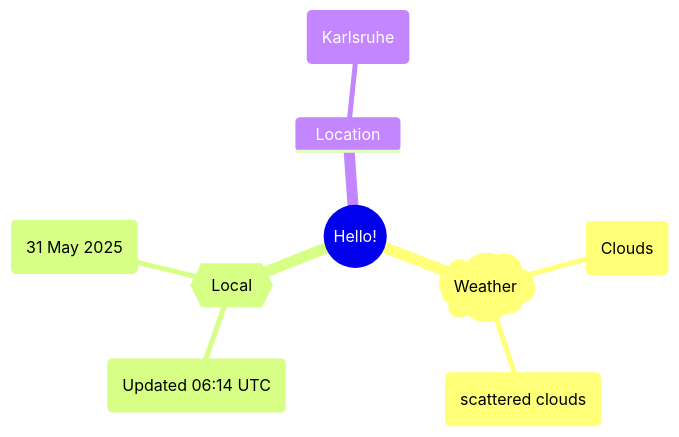
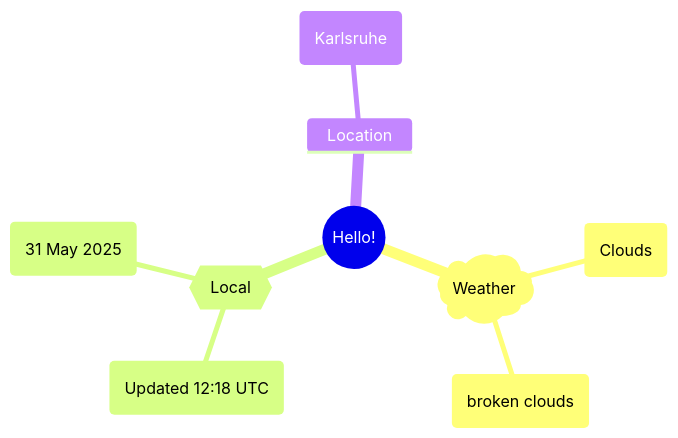
Before and after one commit to Xosrov/Xosrov: the first of 2 diagrams in README.md, drawn with Mermaid.

Commit message:
[bot] updated images

````diff
--- a/README.md
+++ b/README.md
@@ -3,12 +3,12 @@
 ```mermaid
 mindmap
   root((Hello!))
     )Weather(
         (Clouds)
-        (scattered clouds)
+        (broken clouds)
     {{Local}}
-        (Updated 06:14 UTC)
+        (Updated 12:18 UTC)
         (31 May 2025)
     Location
         (Karlsruhe)
 ```
````
